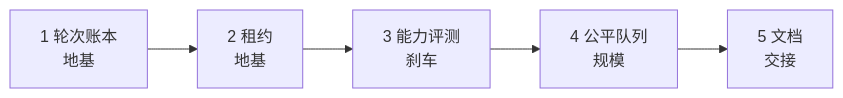
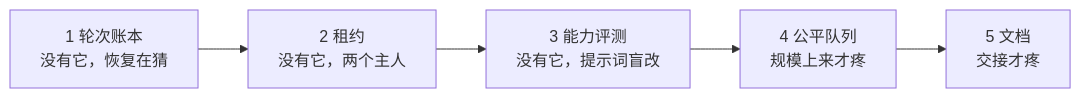
The diagram in draft/Agent_From-0_To-1/08-five-unresolved-problems.md (xunberg/xunberg.github.io), drawn with Mermaid before and after one commit. The commit also changed other lines of this file and 2 other files, not shown here.

````diff
--- a/draft/Agent_From-0_To-1/08-five-unresolved-problems.md
+++ b/draft/Agent_From-0_To-1/08-five-unresolved-problems.md
@@ -126,7 +120,7 @@
 ```mermaid
 flowchart LR
-    A["1 轮次账本<br/>地基"] --> B["2 租约<br/>地基"]
-    B --> C["3 能力评测<br/>刹车"]
-    C --> D["4 公平队列<br/>规模"]
-    D --> E["5 文档<br/>交接"]
+    A["1 轮次账本<br/>没有它，恢复在猜"] --> B["2 租约<br/>没有它，两个主人"]
+    B --> C["3 能力评测<br/>没有它，提示词盲改"]
+    C --> D["4 公平队列<br/>规模上来才疼"]
+    D --> E["5 文档<br/>交接才疼"]
 ```
````
